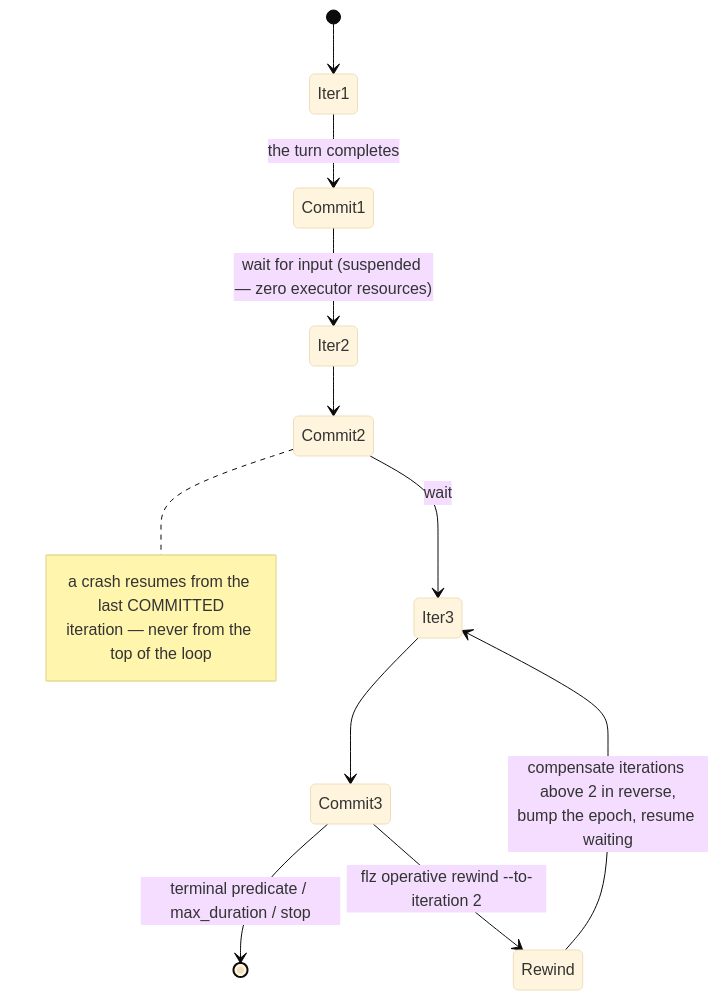
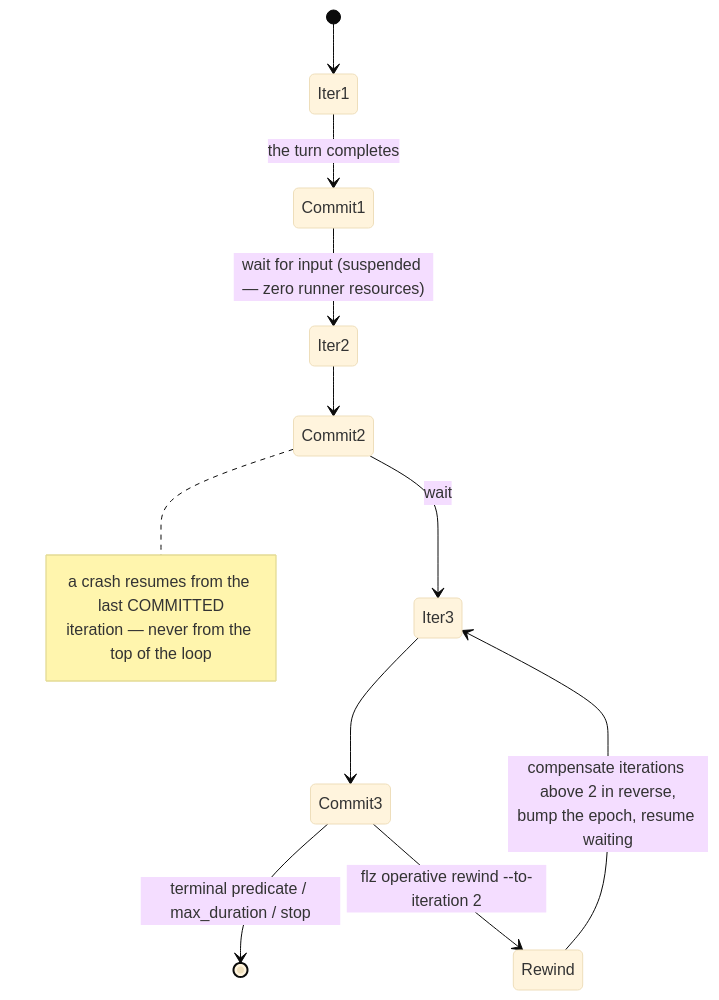
The sixth of 8 diagrams in docs/architecture/bounded_profile.md (Flezha/flezha), drawn with Mermaid (base theme) before and after one commit. The commit also changed other lines of this file and 535 other files, not shown here.

````diff
--- a/docs/architecture/bounded_profile.md
+++ b/docs/architecture/bounded_profile.md
@@ -284,18 +284,18 @@
 ```mermaid
 stateDiagram-v2
     [*] --> Iter1
     Iter1 --> Commit1: the turn completes
-    Commit1 --> Iter2: wait for input (suspended — zero executor resources)
+    Commit1 --> Iter2: wait for input (suspended — zero runner resources)
     Iter2 --> Commit2
     Commit2 --> Iter3: wait
     Iter3 --> Commit3
     Commit3 --> [*]: terminal predicate / max_duration / stop
 
     Commit3 --> Rewind: flz operative rewind --to-iteration 2
     Rewind --> Iter3: compensate iterations above 2 in reverse,<br/>bump the epoch, resume waiting
 
     note right of Commit2
         a crash resumes from the last COMMITTED
         iteration — never from the top of the loop
     end note
 ```
````
